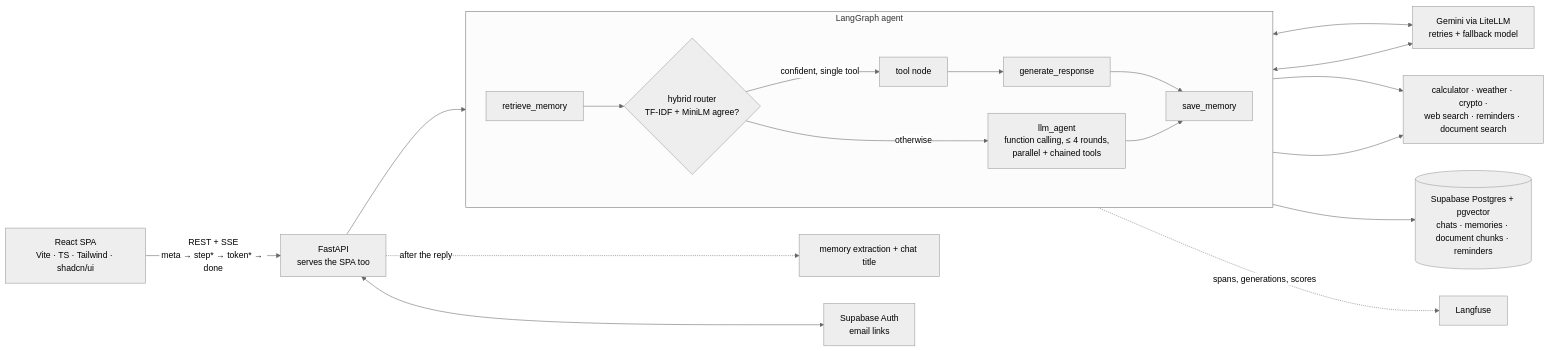
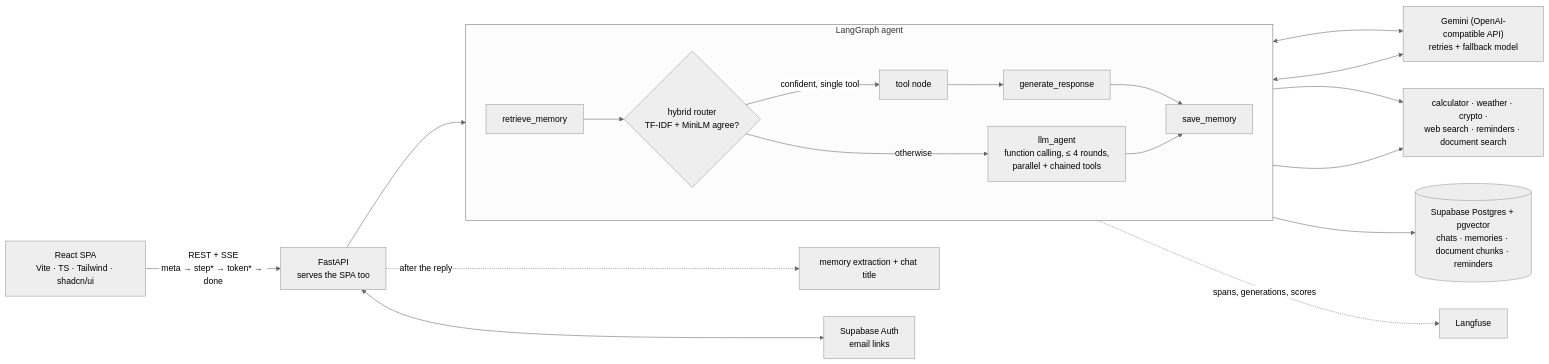
The diagram in README.md (vid6848/ContextAI), drawn with Mermaid (neutral theme) before and after one commit. The commit also changed other lines of this file and 12 other files, not shown here.

First line of the commit message:
fix: PDF uploads crashed the live server; drop LiteLLM to free ~190 MB

````diff
--- a/README.md
+++ b/README.md
@@ -32,21 +32,21 @@
 ```mermaid
 flowchart LR
     UI["React SPA<br/>Vite · TS · Tailwind · shadcn/ui"] -- "REST + SSE<br/>meta → step* → token* → done" --> API["FastAPI<br/>serves the SPA too"]
     API --> Agent
 
     subgraph Agent["LangGraph agent"]
         direction LR
         M["retrieve_memory"] --> R{"hybrid router<br/>TF-IDF + MiniLM agree?"}
         R -- "confident, single tool" --> T["tool node"] --> G["generate_response"]
         R -- "otherwise" --> L["llm_agent<br/>function calling, ≤ 4 rounds,<br/>parallel + chained tools"]
         G --> S["save_memory"]
         L --> S
     end
 
-    L & G <--> LLM["Gemini via LiteLLM<br/>retries + fallback model"]
+    L & G <--> LLM["Gemini (OpenAI-compatible API)<br/>retries + fallback model"]
     T & L --> Tools["calculator · weather · crypto ·<br/>web search · reminders · document search"]
     Agent --> DB[("Supabase Postgres + pgvector<br/>chats · memories · document chunks · reminders")]
     API -. "after the reply" .-> X["memory extraction + chat title"]
     Agent -. "spans, generations, scores" .-> LF["Langfuse"]
     API <--> Auth["Supabase Auth<br/>email links"]
 ```
````
